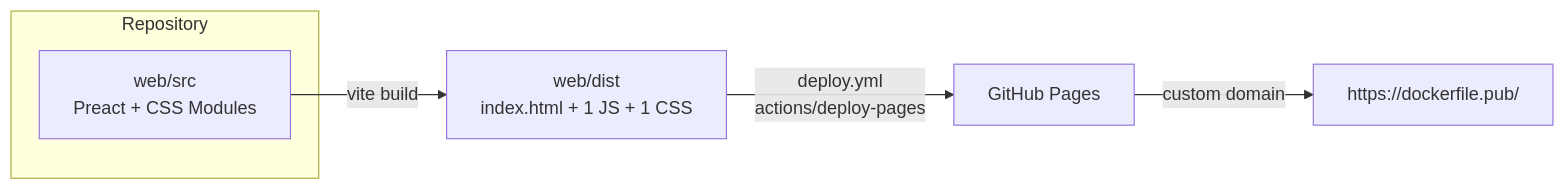
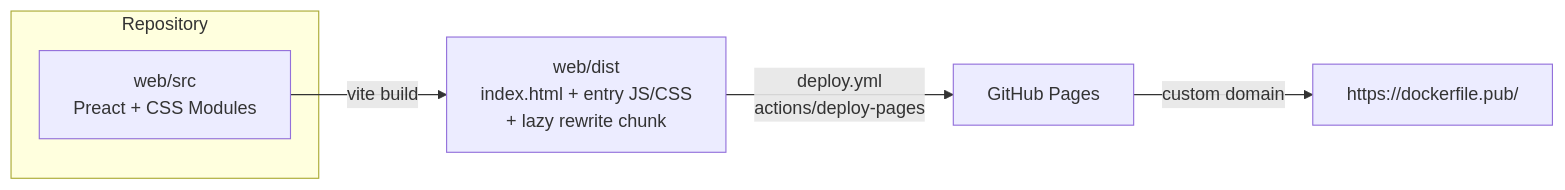
Before and after one commit to abraham/dockerfile-pub: the first of 2 diagrams in docs/specs/site-architecture.md, drawn with Mermaid. The commit also changed other lines of this file and 26 other files, not shown here.

````diff
--- a/docs/specs/site-architecture.md
+++ b/docs/specs/site-architecture.md
@@ -20,9 +20,9 @@
 ```mermaid
 flowchart LR
   subgraph Repo["Repository"]
     SRC["web/src<br/>Preact + CSS Modules"]
   end
-  SRC -->|vite build| DIST["web/dist<br/>index.html + 1 JS + 1 CSS"]
+  SRC -->|vite build| DIST["web/dist<br/>index.html + entry JS/CSS<br/>+ lazy rewrite chunk"]
   DIST -->|deploy.yml<br/>actions/deploy-pages| GHP["GitHub Pages"]
   GHP -->|custom domain| USER["https://dockerfile.pub/"]
 ```
````
